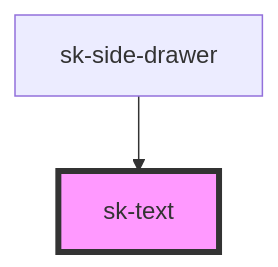
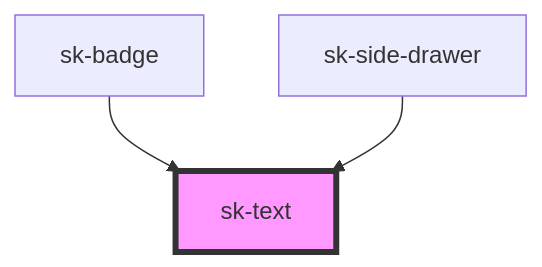
Before and after one commit to shincke/sk-toolkit: the diagram in web-components-stencil/src/components/sk-text/readme.md, drawn with Mermaid. The commit also changed other lines of this file and 10 other files, not shown here.

````diff
--- a/web-components-stencil/src/components/sk-text/readme.md
+++ b/web-components-stencil/src/components/sk-text/readme.md
@@ -23,5 +24,6 @@
 ```mermaid
 graph TD;
+  sk-badge --> sk-text
   sk-side-drawer --> sk-text
   style sk-text fill:#f9f,stroke:#333,stroke-width:4px
 ```
````
